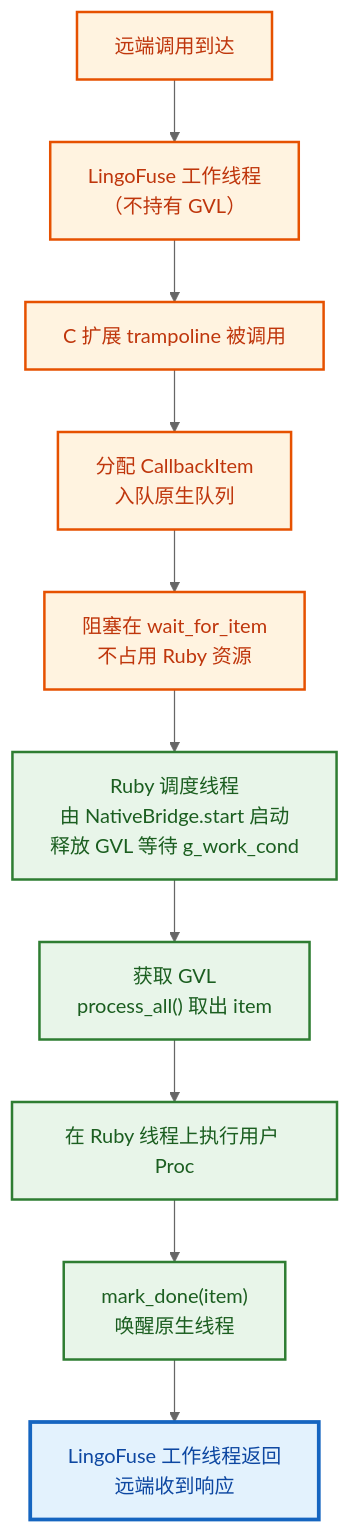
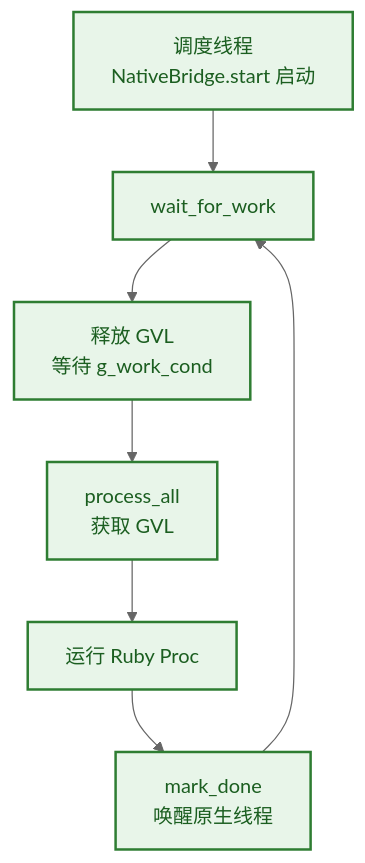
The fourth of 21 diagrams in ruby/README.md (PassByYou888/LingoFuse), drawn with Mermaid (neutral theme) before and after one commit. The commit also changed other lines of this file and 8 other files, not shown here.

First line of the commit message:
Clarify Ruby native loading and docs

````diff
--- a/ruby/README.md
+++ b/ruby/README.md
@@ -103,20 +117,12 @@
 ```mermaid
 flowchart TD
-    A["远端调用到达"] --> B["LingoFuse 工作线程<br/>（不持有 GVL）"]
-    B --> C["C 扩展 trampoline 被调用"]
-    C --> D["分配 CallbackItem<br/>入队原生队列"]
-    D --> E["阻塞在 wait_for_item<br/>不占用 Ruby 资源"]
-    E --> F["Ruby 调度线程<br/>由 NativeBridge.start 启动<br/>释放 GVL 等待 g_work_cond"]
-    F --> G["获取 GVL<br/>process_all() 取出 item"]
-    G --> H["在 Ruby 线程上执行用户 Proc"]
-    H --> I["mark_done(item)<br/>唤醒原生线程"]
-    I --> J["LingoFuse 工作线程返回<br/>远端收到响应"]
+    A["调度线程<br/>NativeBridge.start 启动"] --> B["wait_for_work"]
+    B --> C["释放 GVL<br/>等待 g_work_cond"]
+    C --> D["process_all<br/>获取 GVL"]
+    D --> E["运行 Ruby Proc"]
+    E --> F["mark_done<br/>唤醒原生线程"]
+    F --> B
 
-    classDef native fill:#FFF3E0,stroke:#E65100,stroke-width:2px,color:#BF360C
     classDef ruby fill:#E8F5E9,stroke:#2E7D32,stroke-width:2px,color:#1B5E20
-    classDef result fill:#E3F2FD,stroke:#1565C0,stroke-width:3px,color:#0D47A1
-
-    class A,B,C,D,E native
-    class F,G,H,I ruby
-    class J result
+    class A,B,C,D,E,F ruby
 ```
````
